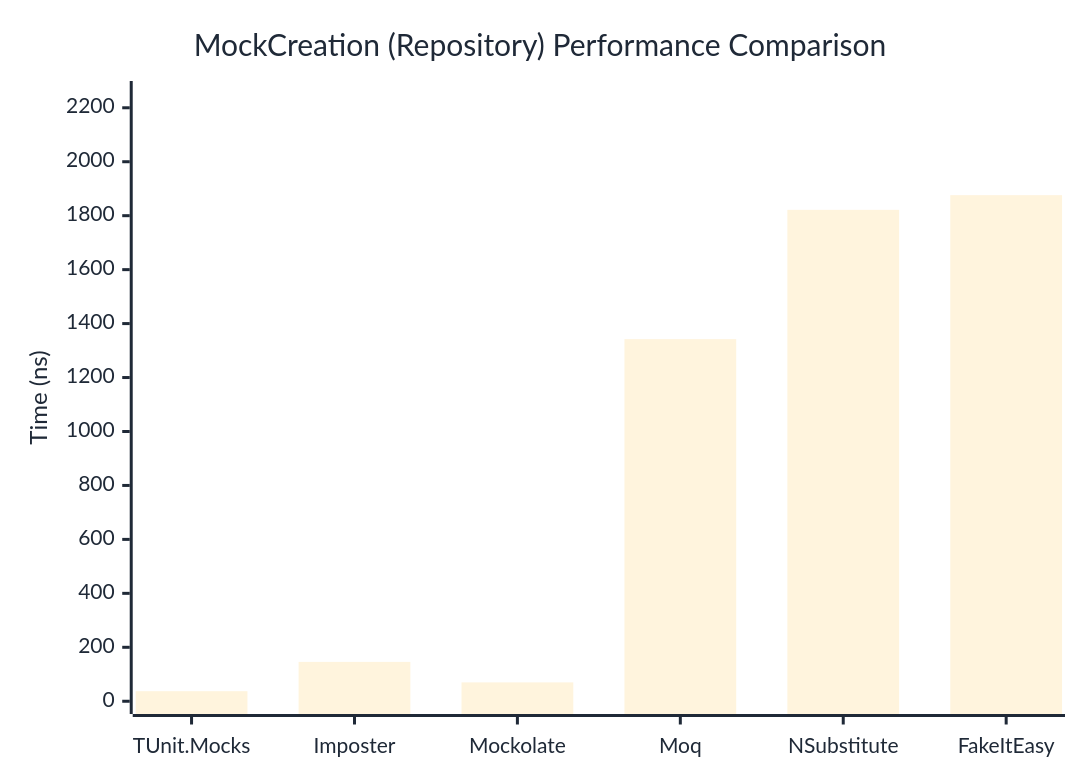
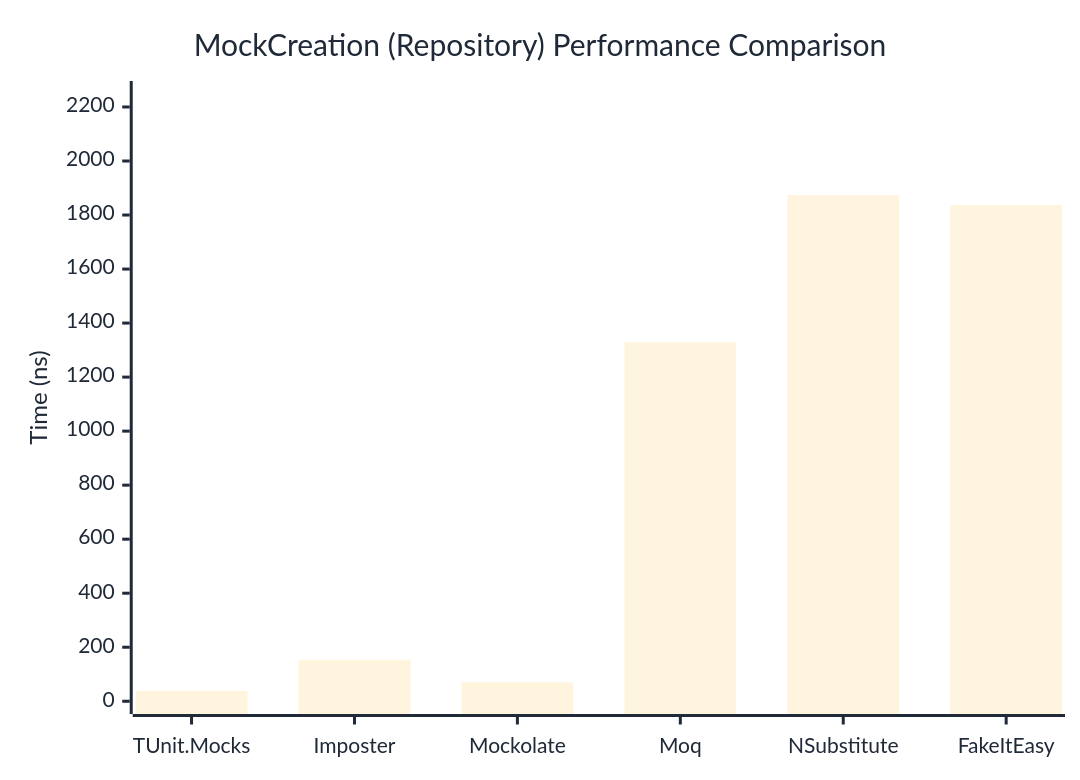
Before and after one commit to thomhurst/TUnit: the second of 2 diagrams in docs/docs/benchmarks/mocks/MockCreation.md, drawn with Mermaid. The commit also changed other lines of this file and 13 other files, not shown here.

````diff
--- a/docs/docs/benchmarks/mocks/MockCreation.md
+++ b/docs/docs/benchmarks/mocks/MockCreation.md
@@ -69,27 +69,27 @@
 ```mermaid
 %%{init: {
   'theme':'base',
   'themeVariables': {
     'primaryColor': '#2563eb',
     'primaryTextColor': '#1f2937',
     'primaryBorderColor': '#1e40af',
     'lineColor': '#6b7280',
     'secondaryColor': '#7c3aed',
     'tertiaryColor': '#dc2626',
     'background': '#ffffff',
     'pie1': '#2563eb',
     'pie2': '#7c3aed',
     'pie3': '#dc2626',
     'pie4': '#f59e0b',
     'pie5': '#10b981',
     'pie6': '#06b6d4',
     'pie7': '#ec4899',
     'pie8': '#6366f1'
   }
 }}%%
 xychart-beta
   title "MockCreation (Repository) Performance Comparison"
   x-axis ["TUnit.Mocks", "Imposter", "Mockolate", "Moq", "NSubstitute", "FakeItEasy"]
-  y-axis "Time (ns)" 0 --> 2252
-  bar [37.3, 145.91, 69.91, 1342.37, 1821.67, 1876.09]
+  y-axis "Time (ns)" 0 --> 2249
+  bar [37.98, 153.74, 70.36, 1328.76, 1873.62, 1836.93]
 ```
````
